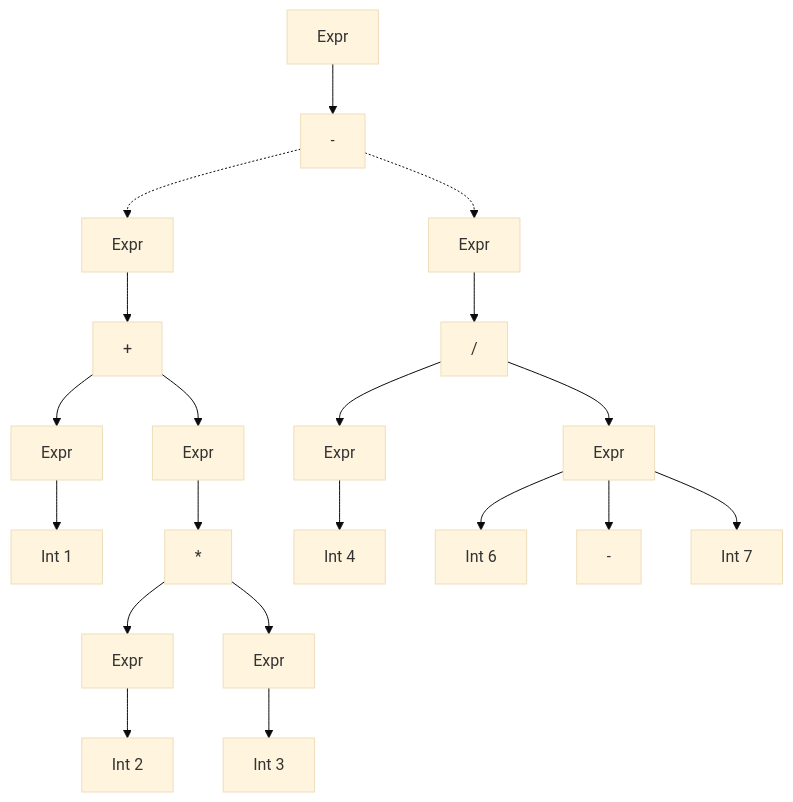
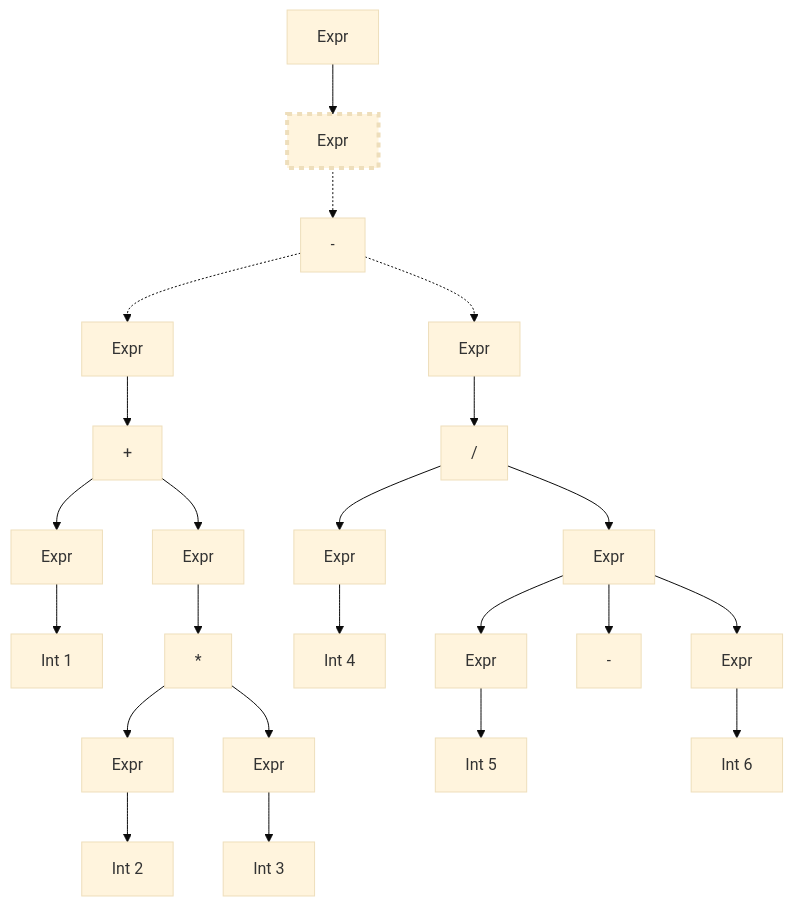
Before and after one commit to microsoft/Trieste: diagram 27 of 28 in samples/infix/README.md, drawn with Mermaid (base theme). The commit also changed other lines of this file and 9 other files, not shown here.

````diff
--- a/samples/infix/README.md
+++ b/samples/infix/README.md
@@ -1186,22 +1252,26 @@
 ``` mermaid
 flowchart TD
-  A[Expr]-->GG[-]
-  GG-.->CC[Expr]
-  CC-->C[+]
   C-->BB[Expr]
   BB-->B[Int 1]
+  G-.->CC[Expr]
+  CC-->C[+]
   C-->N[Expr]
   N-->E[*]
   E-->DD[Expr]
   DD-->D[Int 2]
   E-->FF[Expr]
   FF-->F[Int 3]
-  GG-.->O[Expr]
-  O-->I["#47;"]
+  A[Expr]-->GG[Expr]:::current
+  GG-.->G[-]
   I-->HH[Expr]
   HH-->H[Int 4]
+  G-.->II[Expr]
+  II-->I["#47;"]
   I-->J[Expr]
-  J-->K[Int 6]
+  J-->KK[Expr]
+  KK-->K[Int 5]
   J-->L[-]
-  J-->M[Int 7]
+  J-->MM[Expr]
+  MM-->M[Int 6]
+  classDef current stroke-width:4px,stroke-dasharray:5 5;
 ```
````
